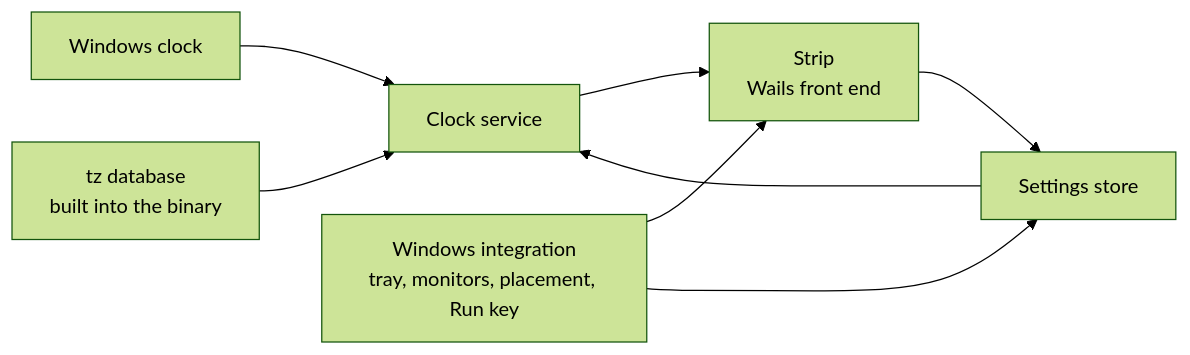
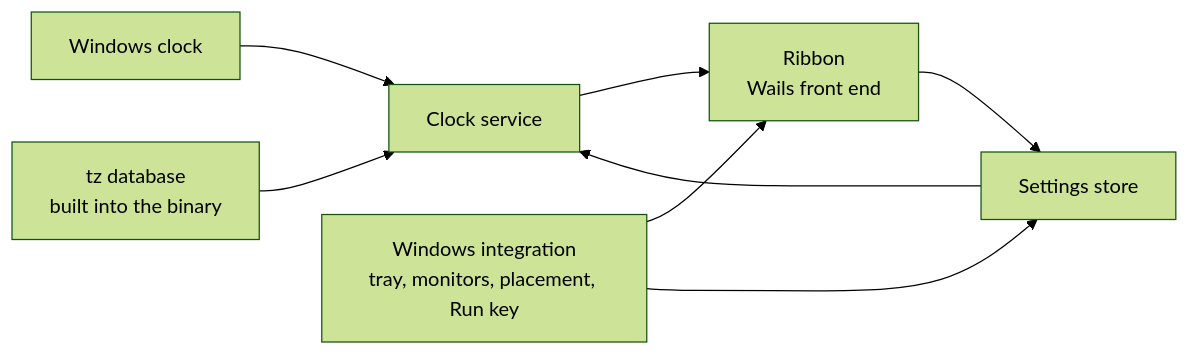
Before and after one commit to oernster/TimeRibbon: the diagram in REQUIREMENTS.md, drawn with Mermaid (forest theme). The commit also changed other lines of this file and 15 other files, not shown here.

````diff
--- a/REQUIREMENTS.md
+++ b/REQUIREMENTS.md
@@ -113,10 +113,10 @@
 ```mermaid
 graph LR
   WC[Windows clock] --> CS[Clock service]
   TZ["tz database<br/>built into the binary"] --> CS
   ST[Settings store] --> CS
-  CS --> UI["Strip<br/>Wails front end"]
+  CS --> UI["Ribbon<br/>Wails front end"]
   UI --> ST
   WI["Windows integration<br/>tray, monitors, placement, Run key"] --> UI
   WI --> ST
 ```
````
